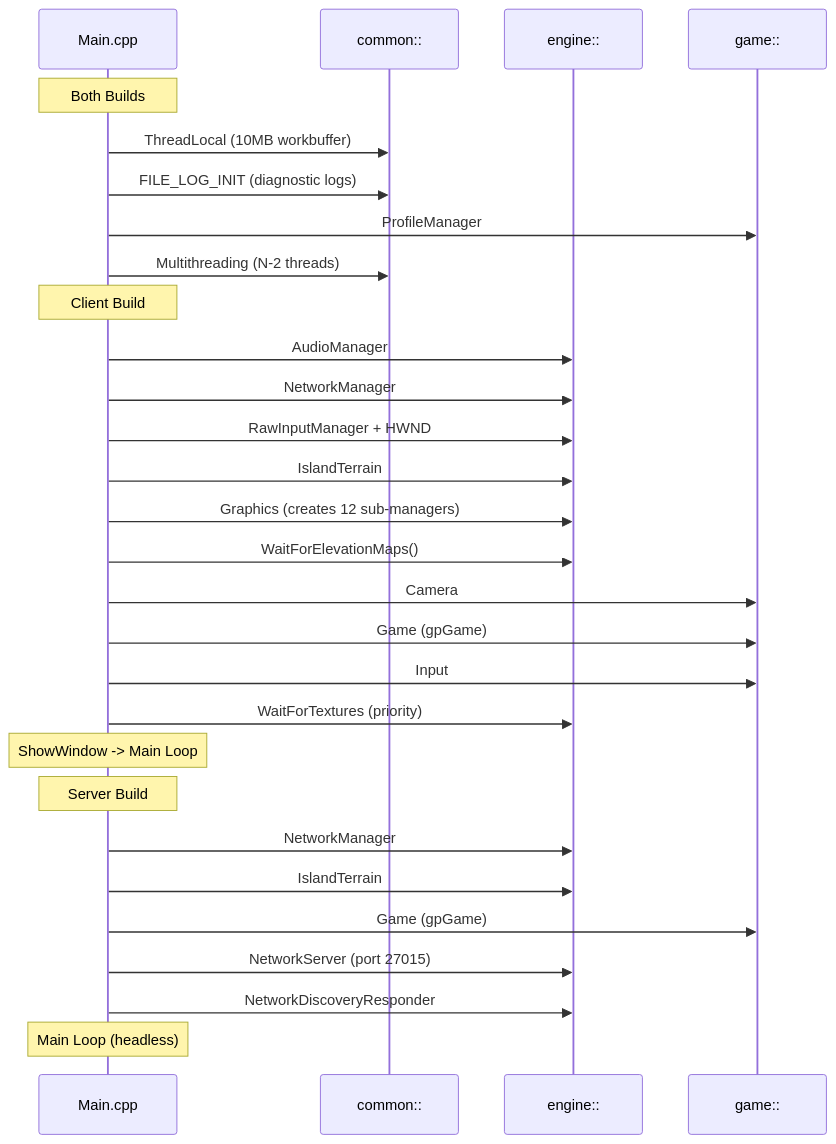
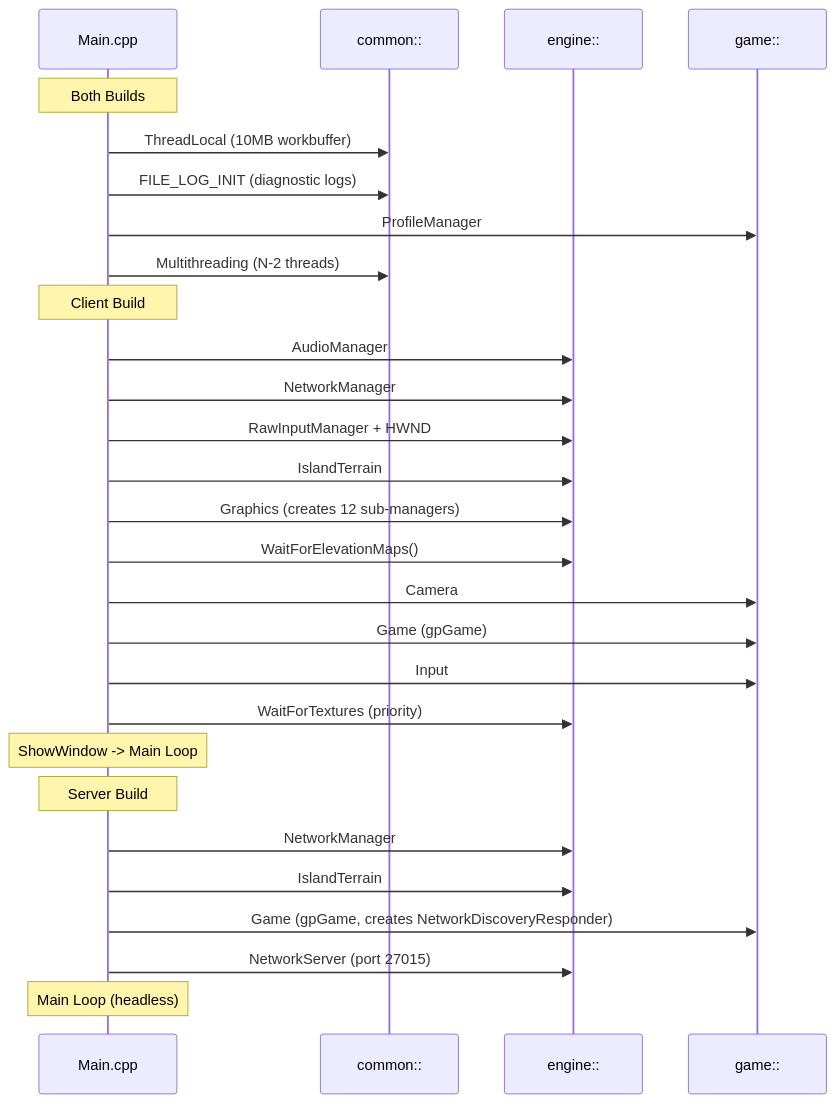
The second of 2 diagrams in Documents/Architecture/SystemOverview.md (DougTanner/BrokenEnginePublic), drawn with Mermaid before and after one commit. The commit also changed 35 other files, not shown here.

````diff
--- a/Documents/Architecture/SystemOverview.md
+++ b/Documents/Architecture/SystemOverview.md
@@ -73,35 +73,34 @@
 ```mermaid
 %%{init: {'theme': 'default'}}%%
 sequenceDiagram
     participant Main as Main.cpp
     participant Common as common::
     participant Engine as engine::
     participant Game as game::
 
     Note over Main: Both Builds
     Main->>Common: ThreadLocal (10MB workbuffer)
     Main->>Common: FILE_LOG_INIT (diagnostic logs)
     Main->>Game: ProfileManager
     Main->>Common: Multithreading (N-2 threads)
 
     Note over Main: Client Build
     Main->>Engine: AudioManager
     Main->>Engine: NetworkManager
     Main->>Engine: RawInputManager + HWND
     Main->>Engine: IslandTerrain
     Main->>Engine: Graphics (creates 12 sub-managers)
     Main->>Engine: WaitForElevationMaps()
     Main->>Game: Camera
     Main->>Game: Game (gpGame)
     Main->>Game: Input
     Main->>Engine: WaitForTextures (priority)
     Note over Main: ShowWindow -> Main Loop
 
     Note over Main: Server Build
     Main->>Engine: NetworkManager
     Main->>Engine: IslandTerrain
-    Main->>Game: Game (gpGame)
+    Main->>Game: Game (gpGame, creates NetworkDiscoveryResponder)
     Main->>Engine: NetworkServer (port 27015)
-    Main->>Engine: NetworkDiscoveryResponder
     Note over Main: Main Loop (headless)
 ```
````
